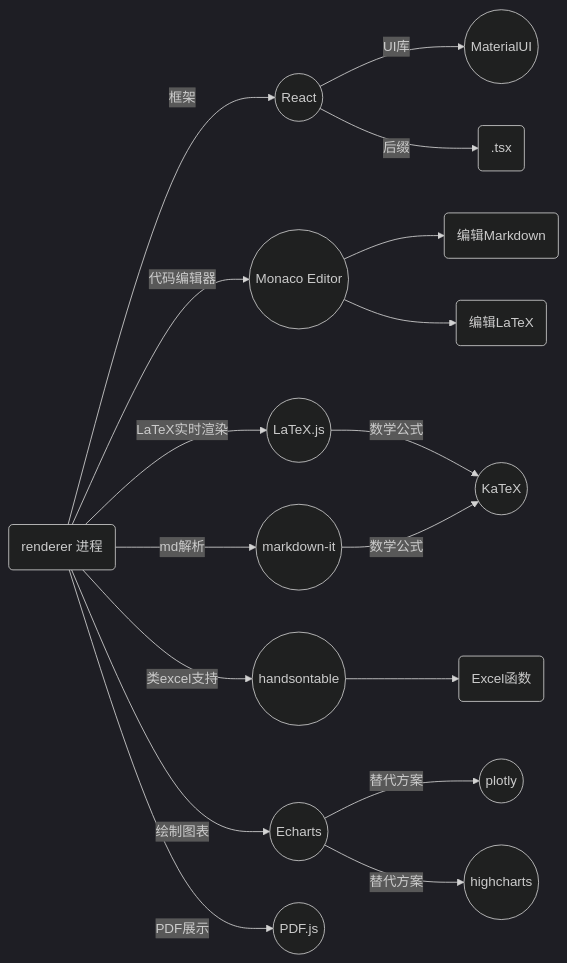
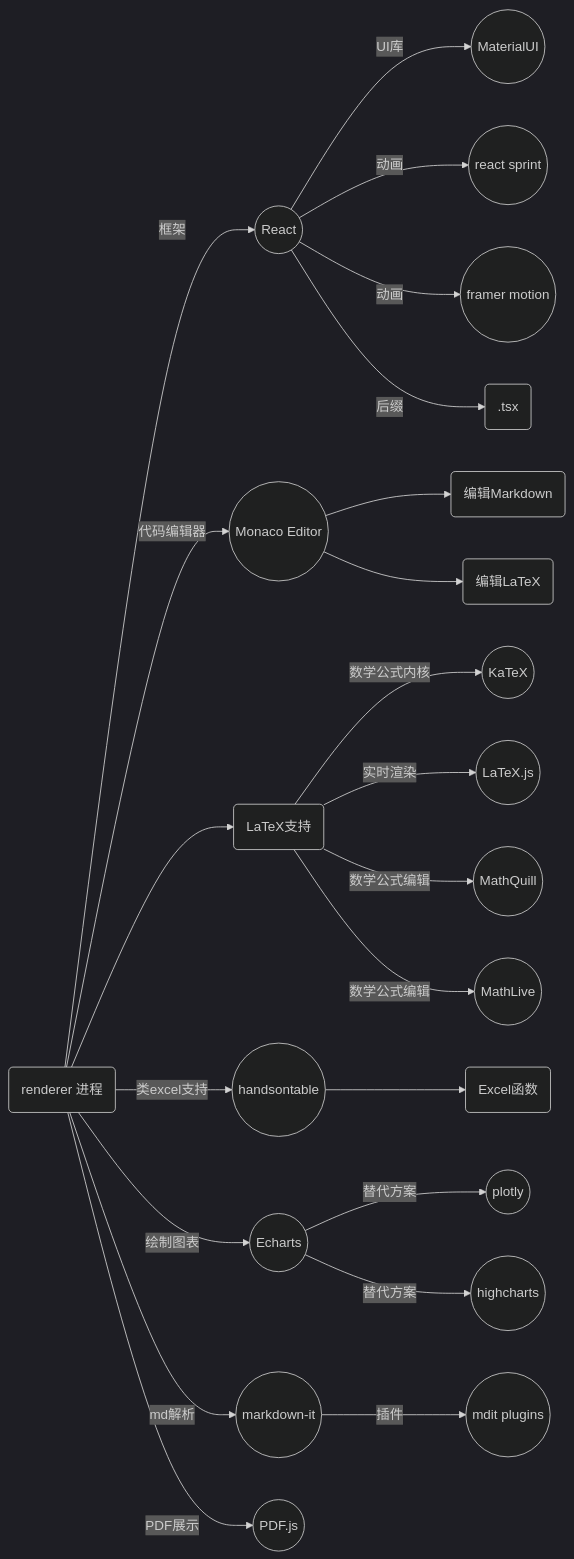
The fourth of 5 diagrams in INTRODUCTION.md (TMYTiMidlY/QuartIRE), drawn with Mermaid (dark theme) before and after one commit. The commit also changed other lines of this file, not shown here.

Commit message:
Add more infomation relating to LaTeX

````diff
--- a/INTRODUCTION.md
+++ b/INTRODUCTION.md
@@ -69,25 +69,35 @@
 ```mermaid
 graph LR
 A(renderer 进程)  --框架--> B((React)) --UI库--> B1((MaterialUI))
-B --后缀--> B2(.tsx)
+B --动画--> B2((react sprint))
+B --动画--> B3((framer motion))
+B --后缀--> B0(.tsx)
 A --代码编辑器--> C((Monaco Editor)) --> C1(编辑Markdown)
 C --> C2(编辑LaTeX)
-A --LaTeX实时渲染--> D((LaTeX.js)) --数学公式--> D1((KaTeX))
+A --> D(LaTeX支持) --数学公式内核--> D0((KaTeX)) 
+D --实时渲染--> D1((LaTeX.js))
+D --数学公式编辑--> D2((MathQuill))
+D --数学公式编辑--> D3((MathLive))
 A --类excel支持--> E((handsontable)) --> E1(Excel函数)
 A --绘制图表--> F((Echarts)) --替代方案--> F1((plotly))
 F --替代方案--> F2((highcharts))
-A --md解析--> G((markdown-it)) --数学公式--> D1
+A --md解析--> G((markdown-it)) --插件--> G1((mdit plugins))
 A --PDF展示--> H((PDF.js))
 
 click B "https://react.docschina.org/"
 click B1 "https://mui.com/"
+click B2 "https://react-spring.dev/"
+click B3 "https://www.framer.com/motion/"
 click C "https://microsoft.github.io/monaco-editor/"
-click D "https://latex.js.org/"
-click D1 "https://katex.org/"
+click D0 "https://katex.org/"
+click D1 "https://latex.js.org/"
+click D2 "http://mathquill.com/"
+click D3 "https://cortexjs.io/mathlive/"
 click E "https://handsontable.com/docs/react-data-grid/"
 click F "https://echarts.apache.org/zh/index.html"
 click F1 "https://plotly.com/javascript/"
 click F2 "https://www.hcharts.cn/demo/highcharts"
 click G "https://github.com/markdown-it/markdown-it"
+click G1 "https://mdit-plugins.github.io/"
 click H "https://gitcode.gitcode.host/docs-cn/pdf.js-docs-cn/index.html"
 ```
````
